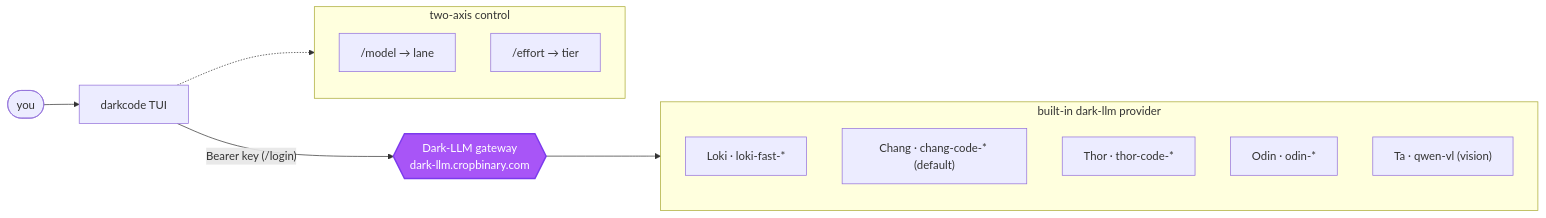
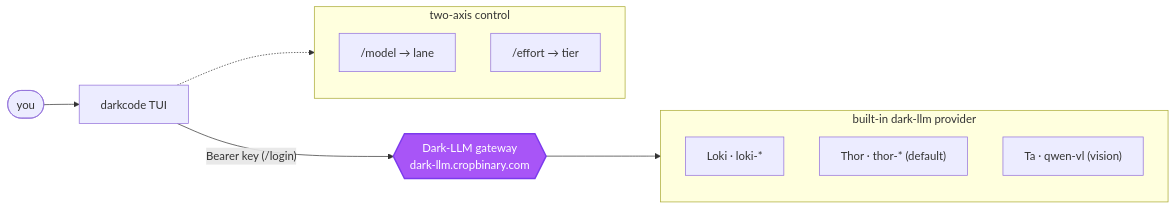
Before and after one commit to dark-crop/darkcode-cli: the diagram in README.md, drawn with Mermaid. The commit also changed other lines of this file and 6 other files, not shown here.

Commit message:
docs: final roster - lanes Loki/Thor/Ta, default thor-med, loki/thor aliases (no role tags); drop Chang/Odin/bake-off

````diff
--- a/README.md
+++ b/README.md
@@ -110,26 +108,24 @@
 ```mermaid
 flowchart LR
     U(["you"]) --> DC["darkcode TUI"]
 
     subgraph control["two-axis control"]
         direction TB
         M["/model → lane"]
         E["/effort → tier"]
     end
     DC -.-> control
 
     DC -->|"Bearer key (/login)"| G{{"Dark-LLM gateway<br/>dark-llm.cropbinary.com"}}
 
     subgraph lanes["built-in dark-llm provider"]
         direction TB
-        SG["Loki · loki-fast-*"]
-        CH["Chang · chang-code-* (default)"]
-        TH["Thor · thor-code-*"]
-        OD["Odin · odin-*"]
+        SG["Loki · loki-*"]
+        TH["Thor · thor-* (default)"]
         TA["Ta · qwen-vl (vision)"]
     end
     G --> lanes
 
     classDef hub fill:#a855f7,stroke:#7c3aed,stroke-width:2px,color:#fff
     class G hub
 ```
````
